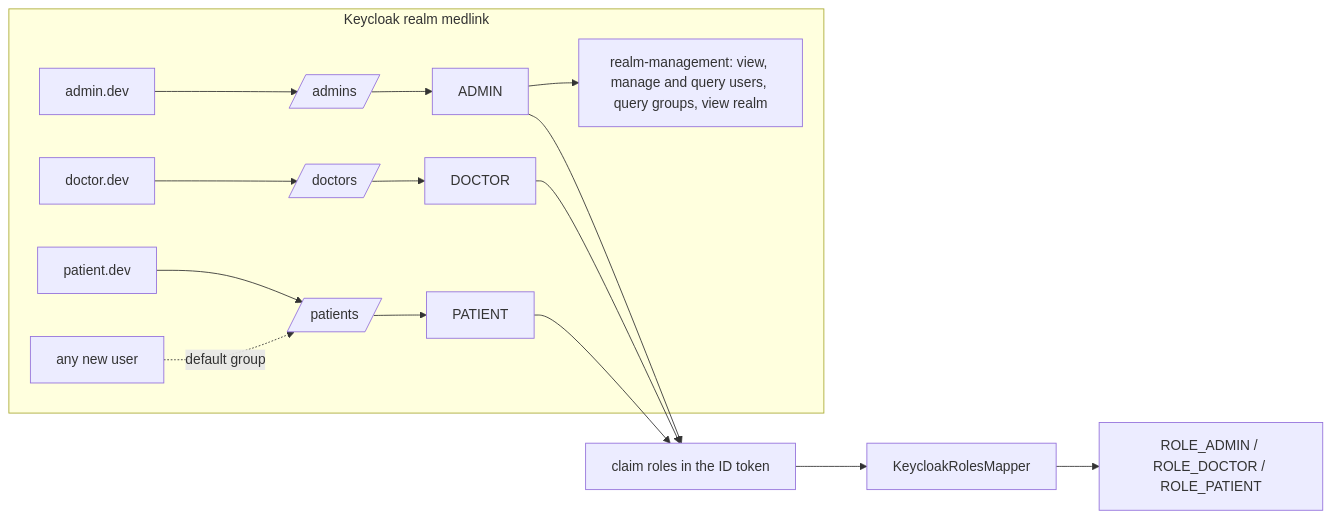
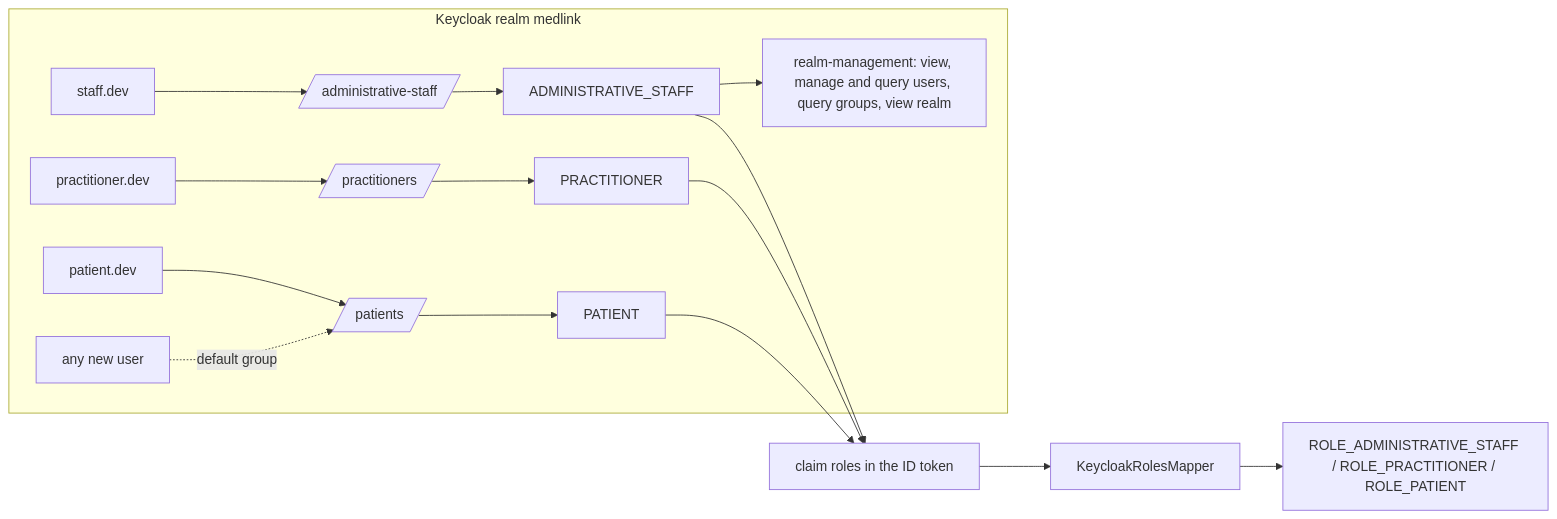
Before and after one commit to assali-mohamed-ali/api-MedLink: the third of 5 diagrams in docs/ARCHITECTURE.md, drawn with Mermaid. The commit also changed other lines of this file and 11 other files, not shown here.

First line of the commit message:
refactor: align roles and user id with the class diagram

````diff
--- a/docs/ARCHITECTURE.md
+++ b/docs/ARCHITECTURE.md
@@ -105,15 +105,15 @@
 ```mermaid
 flowchart LR
   subgraph KC[Keycloak realm medlink]
-    UA[admin.dev] --> GA[/admins/]
-    UD[doctor.dev] --> GD[/doctors/]
+    UA[staff.dev] --> GA[/administrative-staff/]
+    UD[practitioner.dev] --> GD[/practitioners/]
     UP[patient.dev] --> GP[/patients/]
     NEW[any new user] -. default group .-> GP
-    GA --> RA[ADMIN]
-    GD --> RD[DOCTOR]
+    GA --> RA[ADMINISTRATIVE_STAFF]
+    GD --> RD[PRACTITIONER]
     GP --> RP[PATIENT]
     RA --> RM["realm-management: view, manage and query users, query groups, view realm"]
   end
   RA & RD & RP --> C[claim roles in the ID token]
-  C --> M[KeycloakRolesMapper] --> S[ROLE_ADMIN / ROLE_DOCTOR / ROLE_PATIENT]
+  C --> M[KeycloakRolesMapper] --> S[ROLE_ADMINISTRATIVE_STAFF / ROLE_PRACTITIONER / ROLE_PATIENT]
 ```
````
